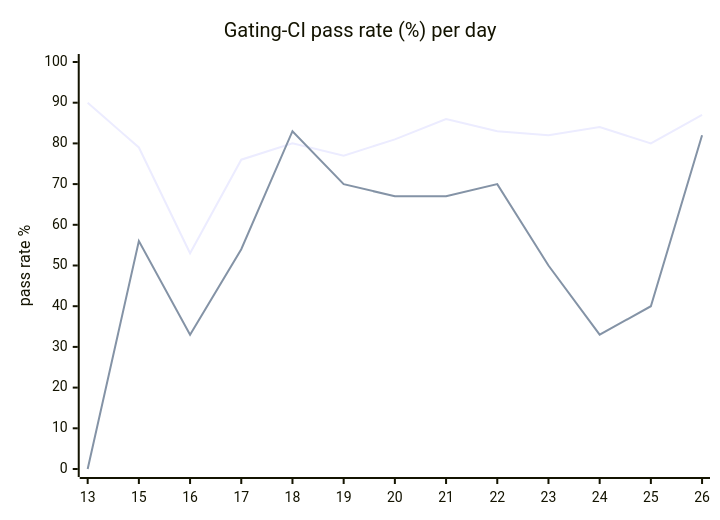
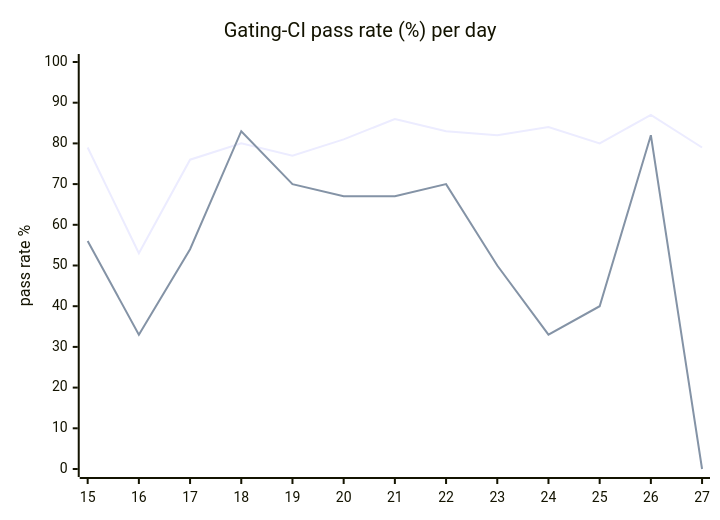
The diagram in hack/ci/ci-dashboard/staging/issue.md (hatchet-dev/hatchet), drawn with Mermaid before and after one commit. The commit also changed other lines of this file, not shown here.

````diff
--- a/hack/ci/ci-dashboard/staging/issue.md
+++ b/hack/ci/ci-dashboard/staging/issue.md
@@ -9,8 +9,8 @@
 ```mermaid
 xychart-beta
   title "Gating-CI pass rate (%) per day"
-  x-axis [13, 15, 16, 17, 18, 19, 20, 21, 22, 23, 24, 25, 26]
+  x-axis [15, 16, 17, 18, 19, 20, 21, 22, 23, 24, 25, 26, 27]
   y-axis "pass rate %" 0 --> 100
-  line "CI" [90, 79, 53, 76, 80, 77, 81, 86, 83, 82, 84, 80, 87]
-  line "main" [0, 56, 33, 54, 83, 70, 67, 67, 70, 50, 33, 40, 82]
+  line "CI" [79, 53, 76, 80, 77, 81, 86, 83, 82, 84, 80, 87, 79]
+  line "main" [56, 33, 54, 83, 70, 67, 67, 70, 50, 33, 40, 82, 0]
 ```
````
